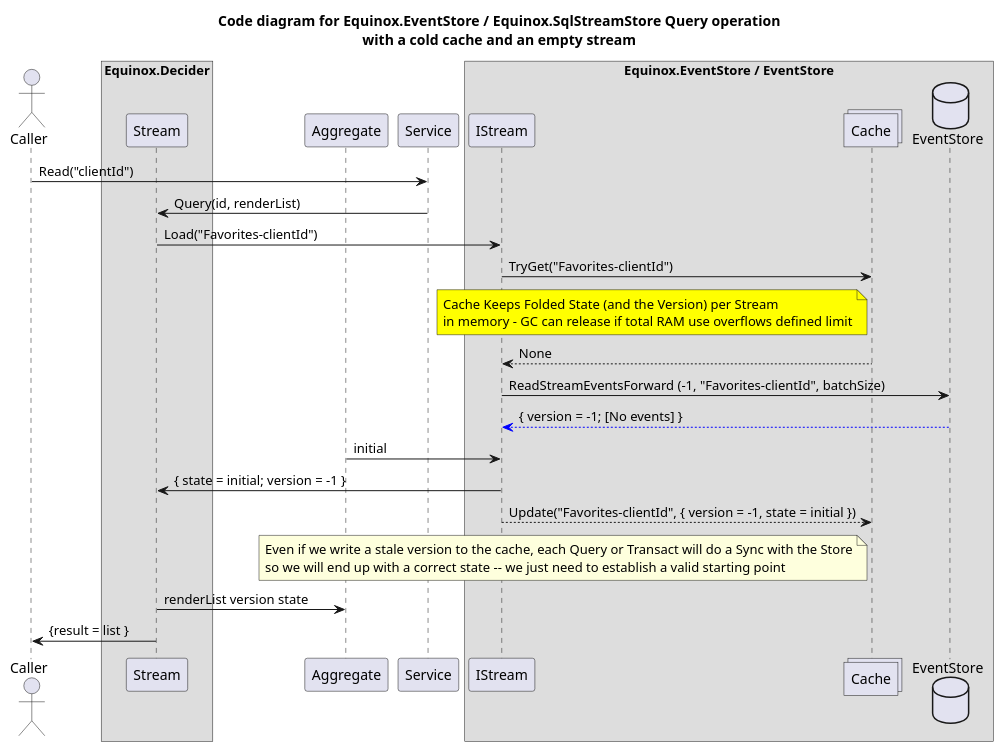
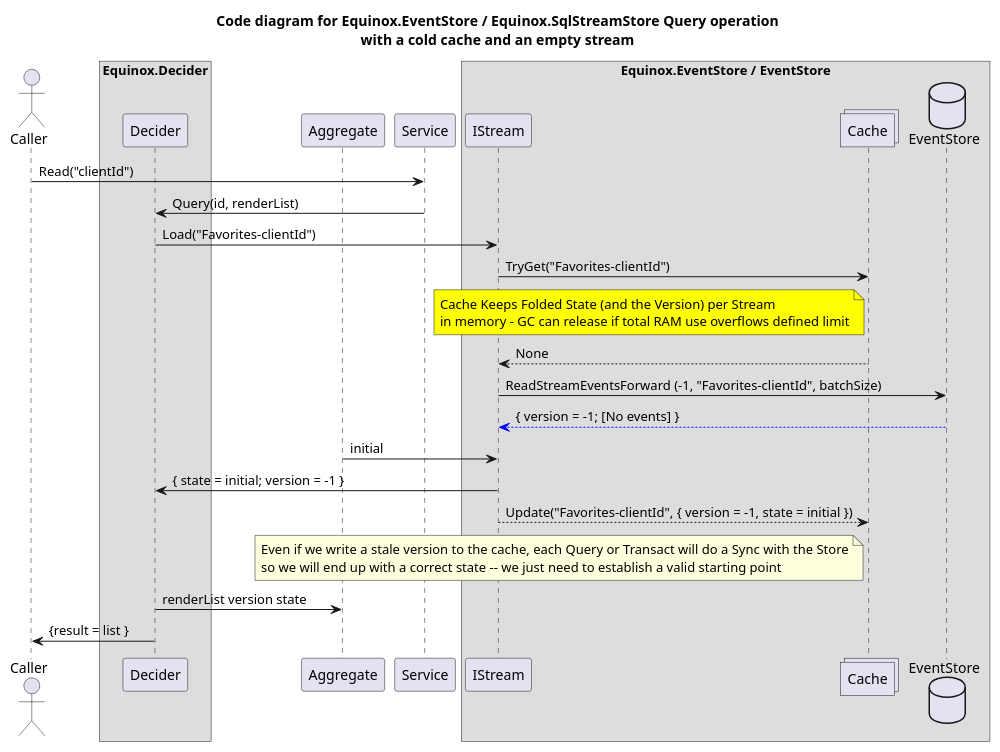
One commit to jet/equinox changed the first of 4 diagrams in diagrams/EventStoreCode.puml. Above: the diagram before and after it, drawn with PlantUML. The commit also changed other lines of this file and 2 other files, not shown here.

Commit message:
Stream->Decider in diagrams

```diff
--- a/diagrams/EventStoreCode.puml
+++ b/diagrams/EventStoreCode.puml
@@ -1,31 +1,31 @@
 @startuml
 title Code diagram for Equinox.EventStore / Equinox.SqlStreamStore Query operation\nwith a cold cache and an empty stream
 
 actor Caller order 20
 box "Equinox.Decider"
-    participant Stream order 40
+    participant Decider order 40
 end box
 participant Aggregate order 50
 participant Service order 60
 box "Equinox.EventStore / EventStore"
   participant IStream order 80
   collections Cache order 90
   database EventStore order 100
 end box
 
 Caller -> Service: Read("clientId")
 participant Aggregate
-Service -> Stream: Query(id, renderList)
-Stream -> IStream: Load("Favorites-clientId")
+Service -> Decider: Query(id, renderList)
+Decider -> IStream: Load("Favorites-clientId")
 IStream -> Cache: TryGet("Favorites-clientId")
 note left of Cache #yellow: Cache Keeps Folded State (and the Version) per Stream\nin memory - GC can release if total RAM use overflows defined limit
 Cache --> IStream: None
 IStream -> EventStore: ReadStreamEventsForward (-1, "Favorites-clientId", batchSize)
 EventStore -[#blue]-> IStream: { version = -1; [No events] }
 IStream <- Aggregate: initial
-IStream -> Stream: { state = initial; version = -1 }
+IStream -> Decider: { state = initial; version = -1 }
 IStream --> Cache: Update("Favorites-clientId", { version = -1, state = initial })
 note left of Cache: Even if we write a stale version to the cache, each Query or Transact will do a Sync with the Store\nso we will end up with a correct state -- we just need to establish a valid starting point
-Stream -> Aggregate: renderList version state
-Stream -> Caller: {result = list }
+Decider -> Aggregate: renderList version state
+Decider -> Caller: {result = list }
 @enduml
```
